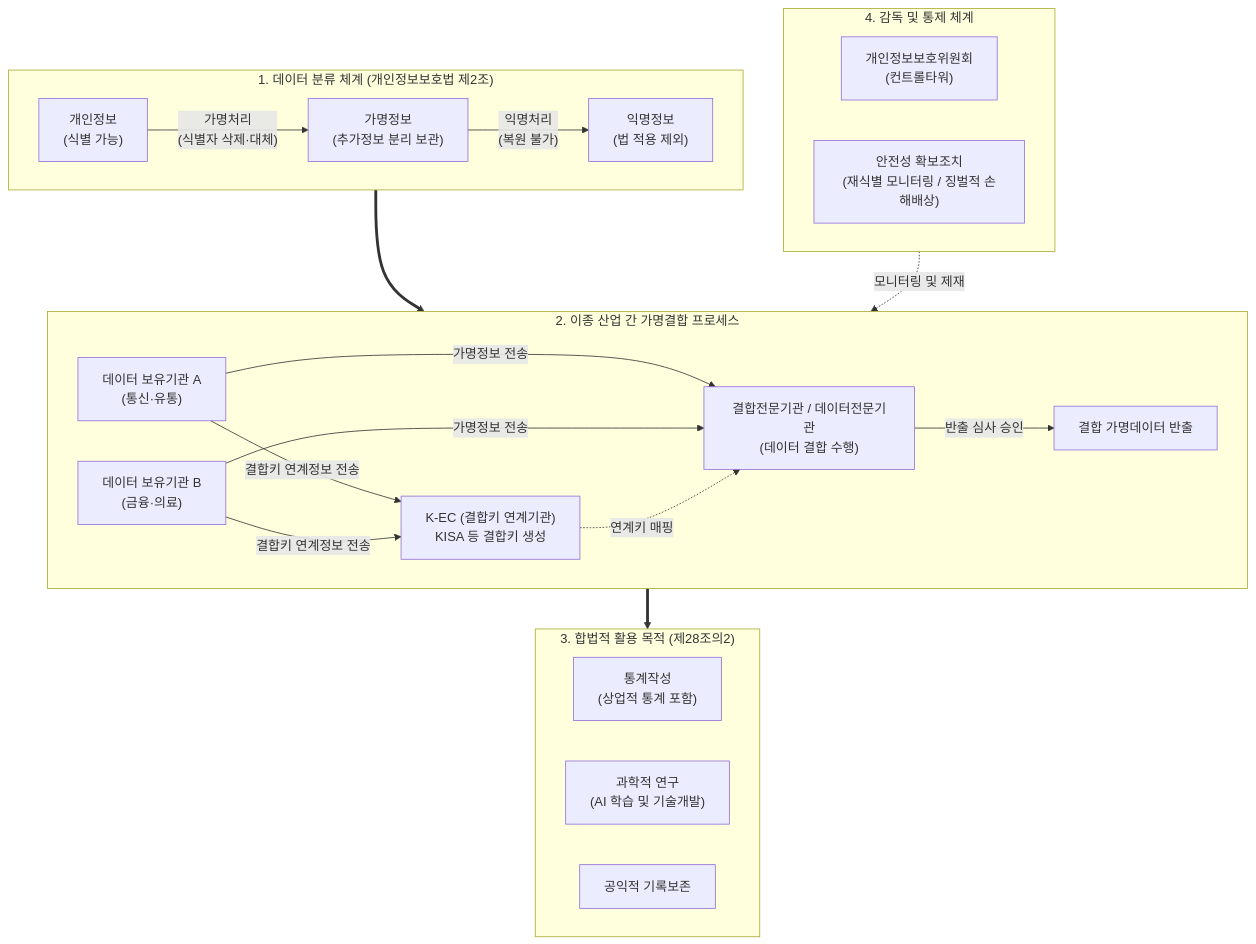
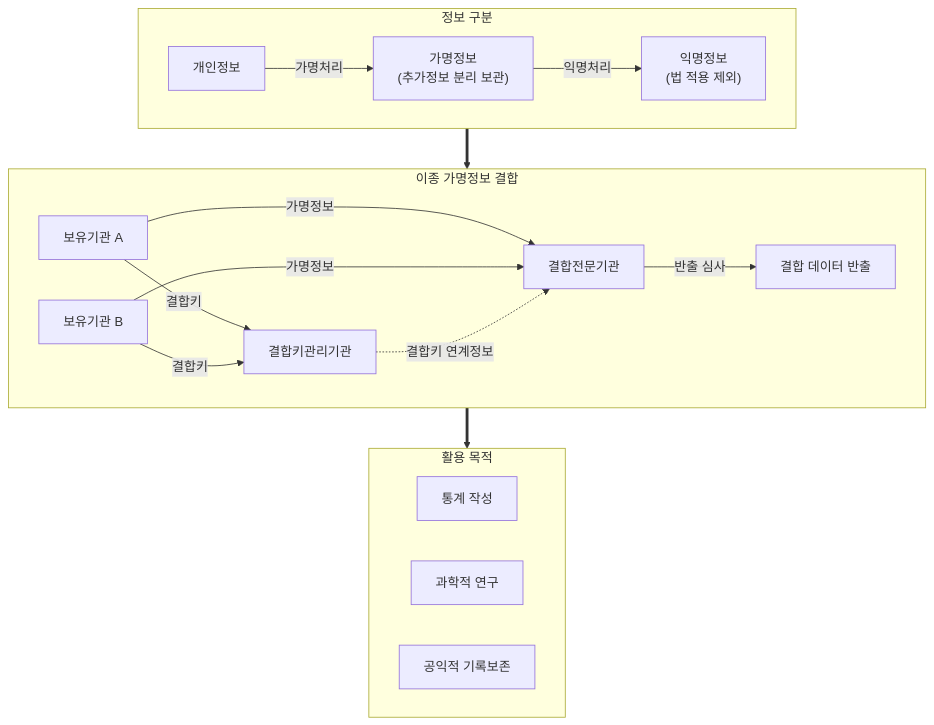
The diagram in content/01_IT Tech/데이터 3법.md (supremethumb/supremethumb.github.io), drawn with Mermaid before and after one commit. The commit also changed other lines of this file and 1087 other files, not shown here.

````diff
--- a/content/01_IT Tech/데이터 3법.md
+++ b/content/01_IT Tech/데이터 3법.md
@@ -24,36 +36,24 @@
 ```mermaid
 flowchart TB
-    subgraph DATA_CLASS["1. 데이터 분류 체계 (개인정보보호법 제2조)"]
+    subgraph CLS["정보 구분"]
         direction LR
-        P1["개인정보<br/>(식별 가능)"] -->|"가명처리<br/>(식별자 삭제·대체)"| P2["가명정보<br/>(추가정보 분리 보관)"]
-        P2 -->|"익명처리<br/>(복원 불가)"| P3["익명정보<br/>(법 적용 제외)"]
+        P1["개인정보"] -->|"가명처리"| P2["가명정보<br/>(추가정보 분리 보관)"]
+        P2 -->|"익명처리"| P3["익명정보<br/>(법 적용 제외)"]
     end
-
-    subgraph COMBINE["2. 이종 산업 간 가명결합 프로세스"]
+    subgraph CMB["이종 가명정보 결합"]
         direction LR
-        OrgA["데이터 보유기관 A<br/>(통신·유통)"] -->|결합키 연계정보 전송| KEC["K-EC (결합키 연계기관)<br/>KISA 등 결합키 생성"]
-        OrgB["데이터 보유기관 B<br/>(금융·의료)"] -->|결합키 연계정보 전송| KEC
-        OrgA -->|가명정보 전송| CA["결합전문기관 / 데이터전문기관<br/>(데이터 결합 수행)"]
-        OrgB -->|가명정보 전송| CA
-        KEC -. "연계키 매핑" .-> CA
-        CA -->|반출 심사 승인| OUT["결합 가명데이터 반출"]
+        A["보유기관 A"] -->|"결합키"| KM["결합키관리기관"]
+        B["보유기관 B"] -->|"결합키"| KM
+        A -->|"가명정보"| CA["결합전문기관"]
+        B -->|"가명정보"| CA
+        KM -.->|"결합키 연계정보"| CA
+        CA -->|"반출 심사"| OUT["결합 데이터 반출"]
     end
-
-    subgraph UTIL["3. 합법적 활용 목적 (제28조의2)"]
+    subgraph USE["활용 목적"]
         direction LR
-        U1["통계작성<br/>(상업적 통계 포함)"]
-        U2["과학적 연구<br/>(AI 학습 및 기술개발)"]
+        U1["통계 작성"]
+        U2["과학적 연구"]
         U3["공익적 기록보존"]
     end
-
-    subgraph GOV["4. 감독 및 통제 체계"]
-        direction LR
-        PIPC["개인정보보호위원회<br/>(컨트롤타워)"]
-        SAFETY["안전성 확보조치<br/>(재식별 모니터링 / 징벌적 손해배상)"]
-    end
-
-    DATA_CLASS ==> COMBINE
-    COMBINE ==> UTIL
-    GOV -. "모니터링 및 제재" .-> COMBINE
-
+    CLS ==> CMB ==> USE
 ```
````
